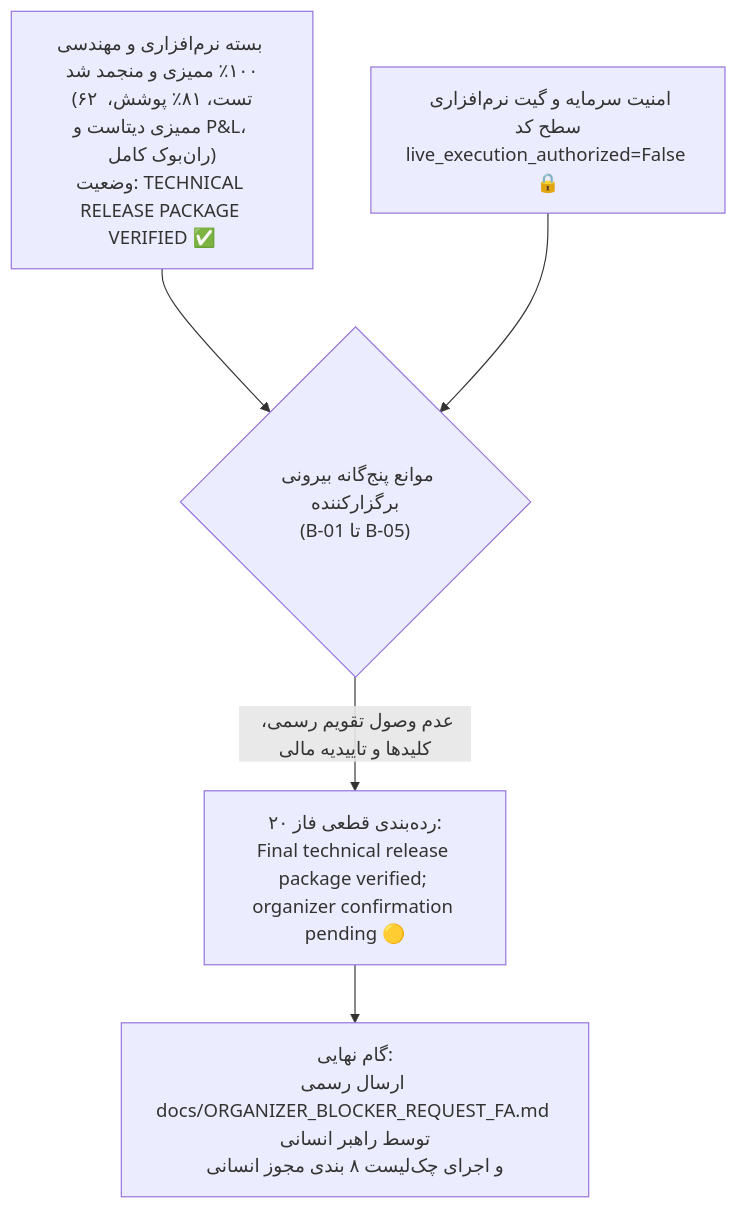
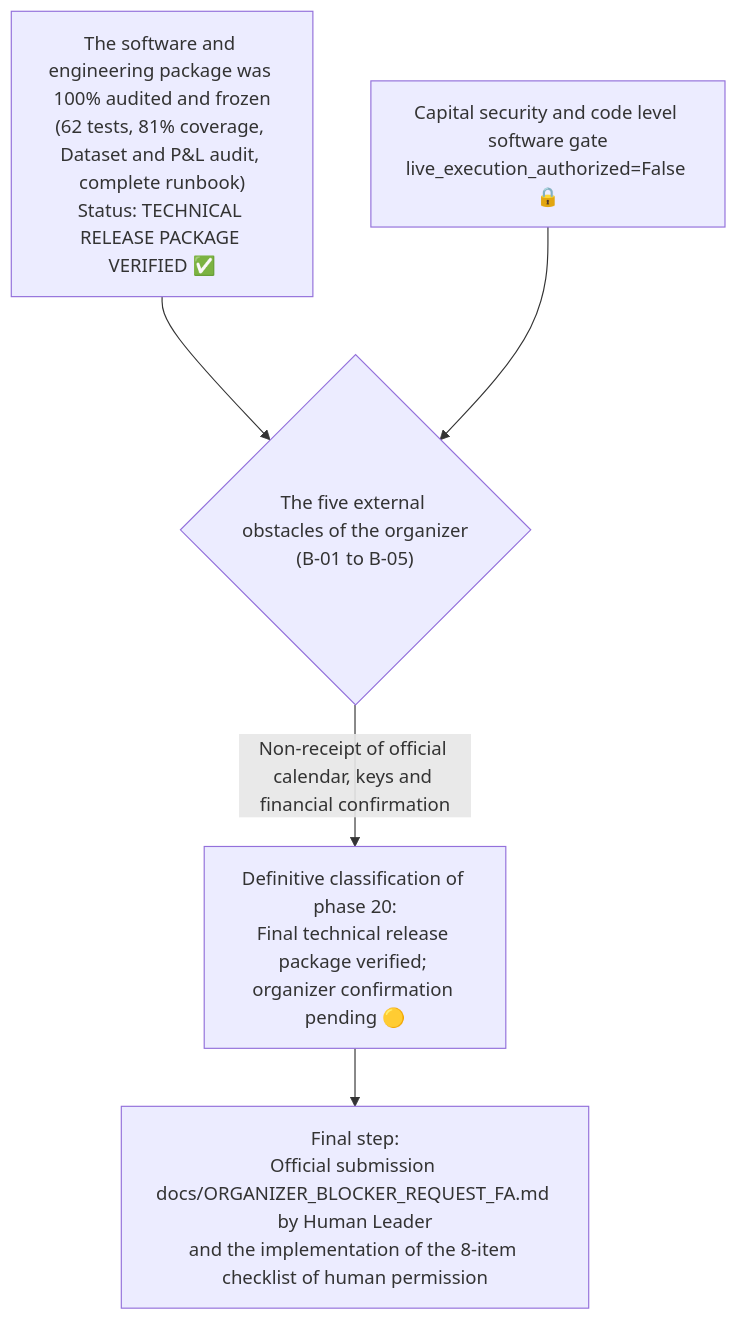
Before and after one commit to AliFazelniya/wallextrade: the diagram in docs/PHASE20_FINAL_RELEASE_READINESS.md, drawn with Mermaid. The commit also changed other lines of this file and 81 other files, not shown here.

````diff
--- a/docs/PHASE20_FINAL_RELEASE_READINESS.md
+++ b/docs/PHASE20_FINAL_RELEASE_READINESS.md
@@ -28,7 +28,7 @@
 ```mermaid
 flowchart TD
-    A["بسته نرم‌افزاری و مهندسی ۱۰۰٪ ممیزی و منجمد شد\n(۶۲ تست، ۸۱٪ پوشش، ممیزی دیتاست و P&L، ران‌بوک کامل)\nوضعیت: TECHNICAL RELEASE PACKAGE VERIFIED ✅"] --> C{"موانع پنج‌گانه بیرونی برگزارکننده\n(B-01 تا B-05)"}
-    B["امنیت سرمایه و گیت نرم‌افزاری سطح کد\nlive_execution_authorized=False 🔒"] --> C
-    C -- "عدم وصول تقویم رسمی، کلیدها و تاییدیه مالی" --> D["رده‌بندی قطعی فاز ۲۰:\nFinal technical release package verified; organizer confirmation pending 🟡"]
-    D --> E["گام نهایی:\nارسال رسمی docs/ORGANIZER_BLOCKER_REQUEST_FA.md توسط راهبر انسانی\nو اجرای چک‌لیست ۸ بندی مجوز انسانی"]
+    A["The software and engineering package was 100% audited and frozen\n(62 tests, 81% coverage, Dataset and P&L audit, complete runbook)\nStatus: TECHNICAL RELEASE PACKAGE VERIFIED ✅"] --> C{"The five external obstacles of the organizer\n(B-01 to B-05)"}
+    B["Capital security and code level software gate\nlive_execution_authorized=False 🔒"] --> C
+    C -- "Non-receipt of official calendar, keys and financial confirmation" --> D["Definitive classification of phase 20:\nFinal technical release package verified; organizer confirmation pending 🟡"]
+    D --> E["Final step:\nOfficial submission docs/ORGANIZER_BLOCKER_REQUEST_FA.md by Human Leader\nand the implementation of the 8-item checklist of human permission"]
 ```
````
